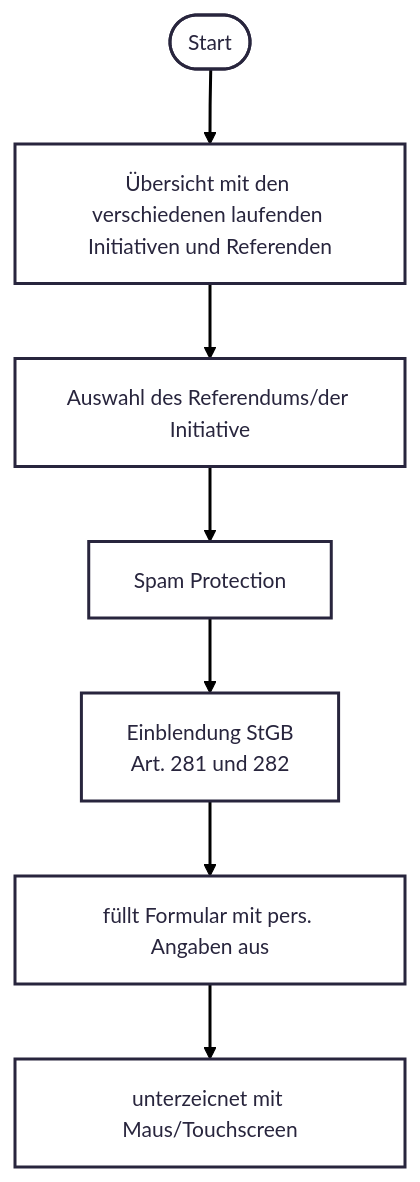
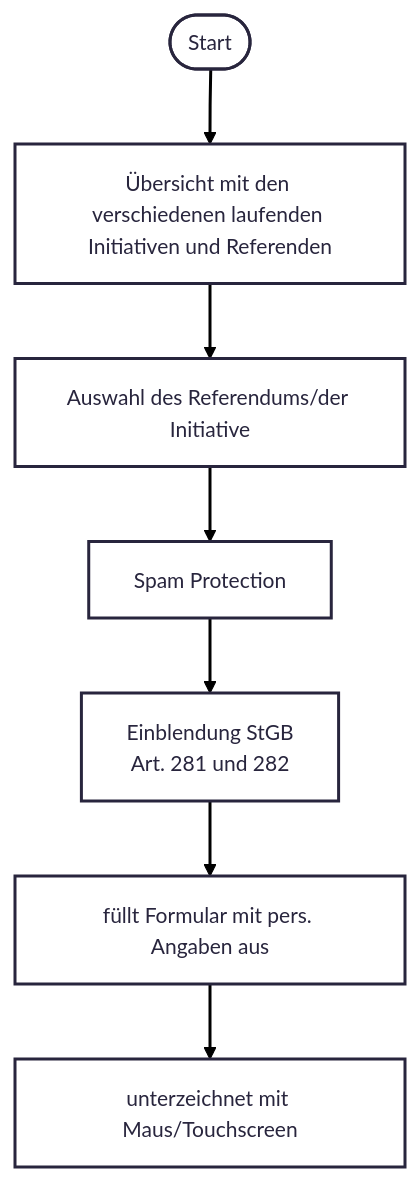
The second of 2 diagrams in README.md (swiss/e-collecting-hackathon-team5), drawn with Mermaid before and after one commit.

````diff
--- a/README.md
+++ b/README.md
@@ -58,18 +58,18 @@
 ```mermaid
 ---
 config:
   theme: redux
 ---
 flowchart TD
     A(["Start"]) --> n1["Übersicht mit den verschiedenen laufenden Initiativen und Referenden"]
     n1 --> n2@{ label: "<span style=\"color:\">Auswahl des Referendums/der Initiative</span><span style=\"forced-color-adjust:\"></span>" }
     n2 --> n3@{ label: "<span style=\"color:\">Spam Protection</span>" }
     n3 --> n4@{ label: "<span style=\"color:\">Einblendung StGB</span><div style=\"forced-color-adjust:\">Art. 281 und 282</div>" }
     n4 --> n5@{ label: "<span style=\"color:\">füllt Formular mit pers. Angaben aus</span>" }
-    n5 --> n6@{ label: "<span style=\"color:\">unterzeicnet mit Maus/Touchscreen</span>" }
+    n5 --> n6@{ label: "<span style=\"color:\">unterzeichnet mit Maus/Touchscreen</span>" }
     n2@{ shape: rect}
     n3@{ shape: rect}
     n4@{ shape: rect}
     n5@{ shape: rect}
     n6@{ shape: rect}
 ```
````
